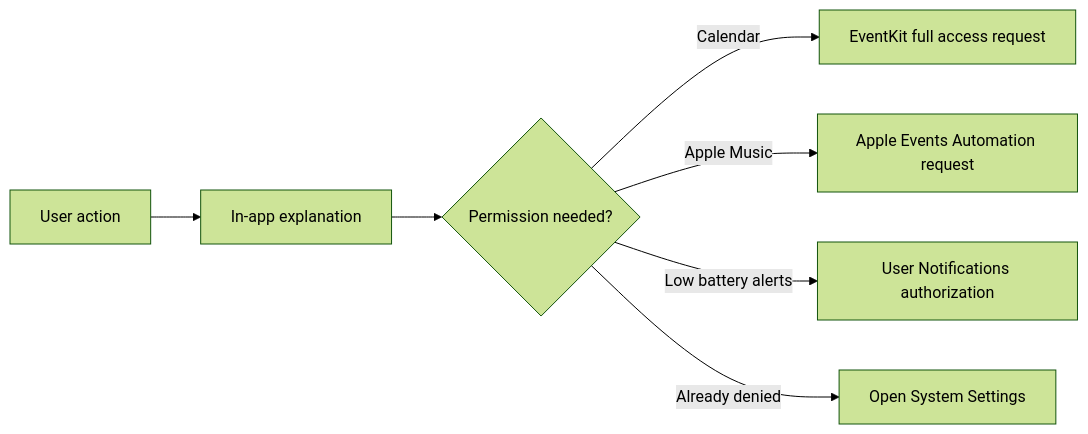
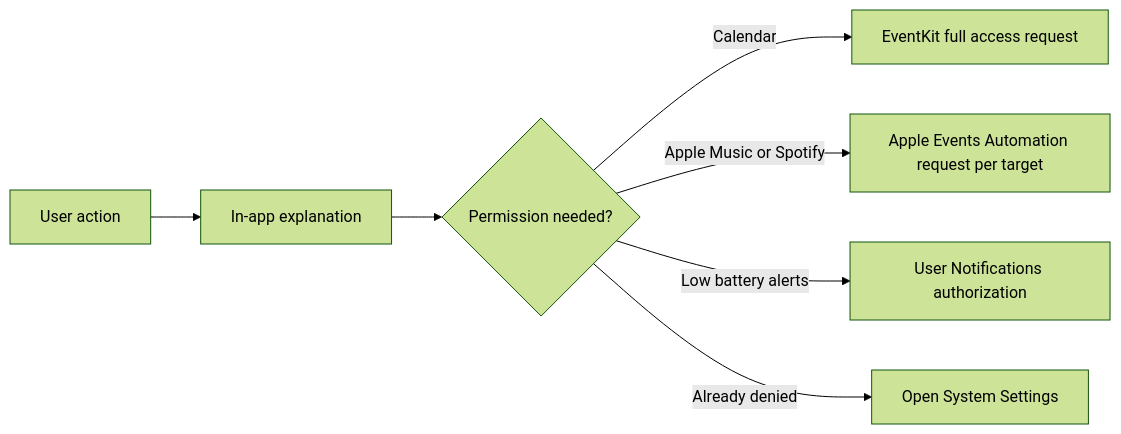
Before and after one commit to TumanovNV/impuls: the diagram in knowledge-base/01-architecture/permissions.md, drawn with Mermaid (forest theme). The commit also changed other lines of this file and 29 other files, not shown here.

````diff
--- a/knowledge-base/01-architecture/permissions.md
+++ b/knowledge-base/01-architecture/permissions.md
@@ -17,9 +17,9 @@
 ```mermaid
 flowchart LR
     U[User action] --> EX[In-app explanation]
     EX --> R{Permission needed?}
     R -->|Calendar| EK[EventKit full access request]
-    R -->|Apple Music| AE[Apple Events Automation request]
+    R -->|Apple Music or Spotify| AE[Apple Events Automation request per target]
     R -->|Low battery alerts| UN[User Notifications authorization]
     R -->|Already denied| SYS[Open System Settings]
 ```
````
